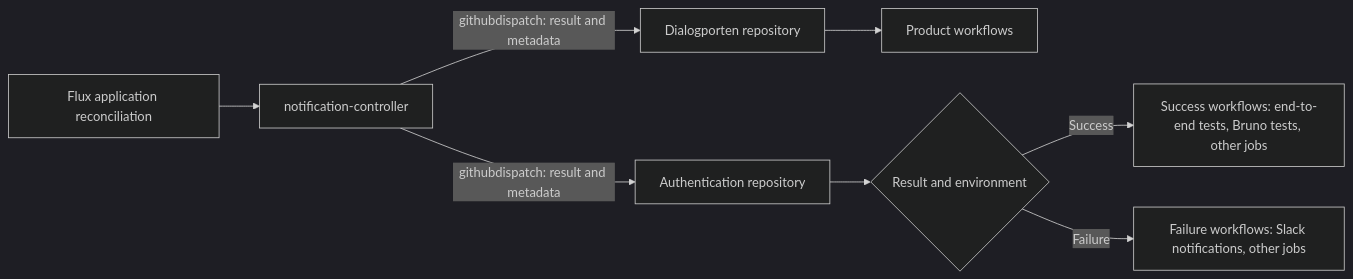
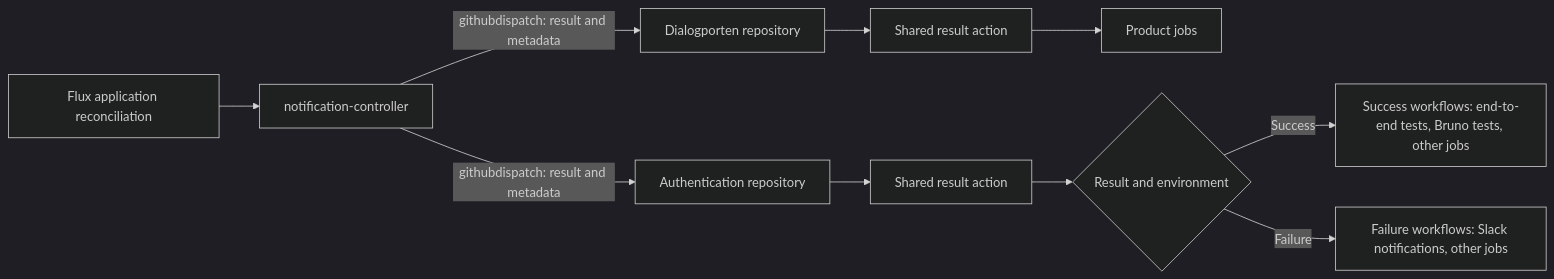
One commit to Altinn/altinn-platform changed the diagram in rfcs/0019-flux-workflow-notifications.md. Above: the diagram before and after it, drawn with Mermaid (dark theme). The commit also changed other lines of this file, not shown here.

First line of the commit message:
docs(rfcs): define shared reconciliation result action

````diff
--- a/rfcs/0019-flux-workflow-notifications.md
+++ b/rfcs/0019-flux-workflow-notifications.md
@@ -48,10 +48,12 @@
 ```mermaid
 flowchart LR
     flux["Flux application reconciliation"] --> nc["notification-controller"]
     nc -->|"githubdispatch: result and metadata"| dp["Dialogporten repository"]
     nc -->|"githubdispatch: result and metadata"| auth["Authentication repository"]
-    dp --> dpjobs["Product workflows"]
-    auth --> route{"Result and environment"}
+    dp --> dpaction["Shared result action"]
+    dpaction --> dpjobs["Product jobs"]
+    auth --> authaction["Shared result action"]
+    authaction --> route{"Result and environment"}
     route -->|"Success"| success["Success workflows: end-to-end tests, Bruno tests, other jobs"]
     route -->|"Failure"| failure["Failure workflows: Slack notifications, other jobs"]
 ```
````
